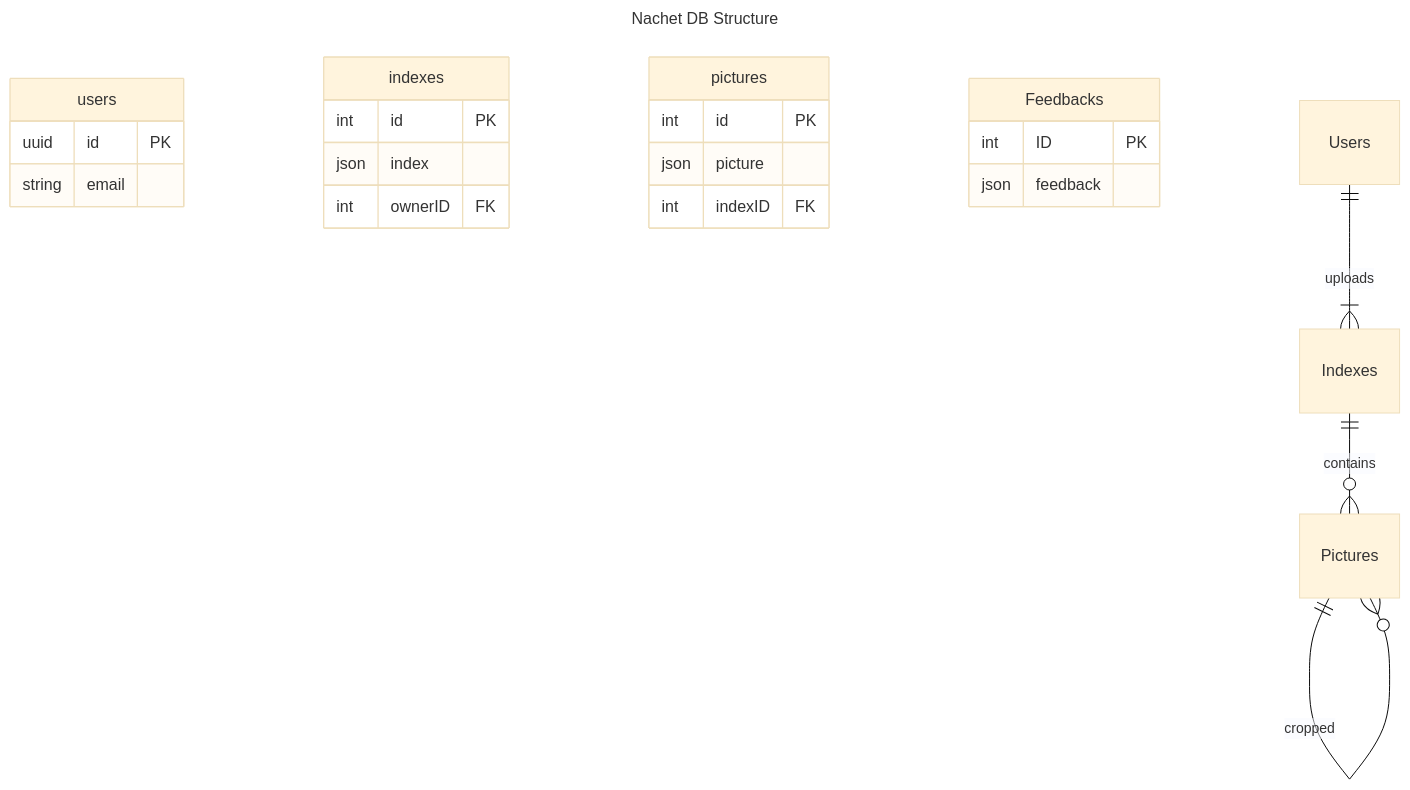
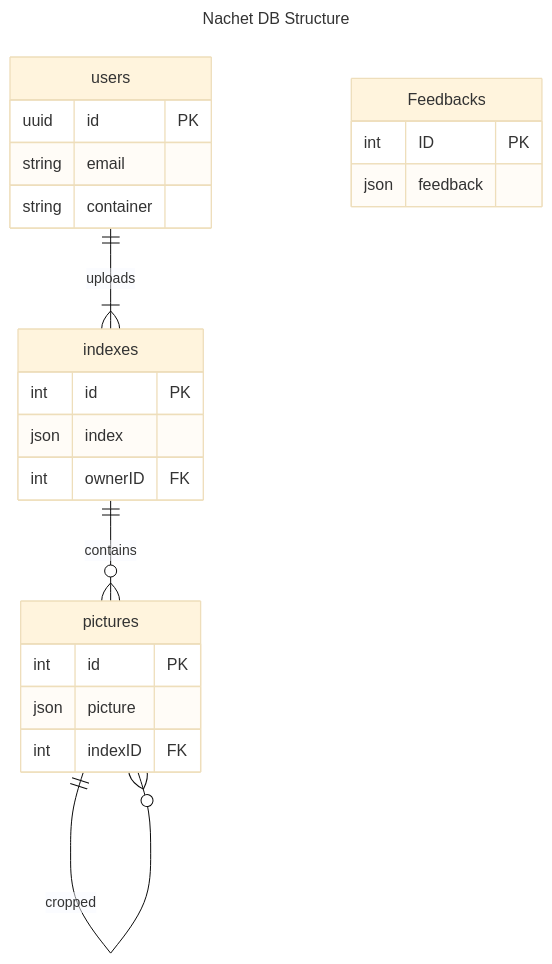
The seventh of 7 diagrams in metadata-doc.md (ai-cfia/ailab-datastore), drawn with Mermaid (base theme) before and after one commit. The commit also changed other lines of this file and 1 other file, not shown here.

````diff
--- a/metadata-doc.md
+++ b/metadata-doc.md
@@ -246,29 +275,30 @@
 ``` mermaid 
 ---
 title: Nachet DB Structure
 ---
 erDiagram
   users{
     uuid id PK
-    string email  
+    string email
+    string container  
   }
   indexes{
     int id PK
     json index
     int ownerID FK
   }
   pictures{
     int id PK
     json picture
     int indexID FK
   }
   Feedbacks{
     int ID PK
     json feedback
   }
 
-  Users ||--|{ Indexes: uploads
-  Indexes ||--o{Pictures: contains
-  Pictures ||--o{Pictures: cropped
+  users ||--|{ indexes: uploads
+  indexes ||--o{pictures: contains
+  pictures ||--o{pictures: cropped
 
 ```
````
